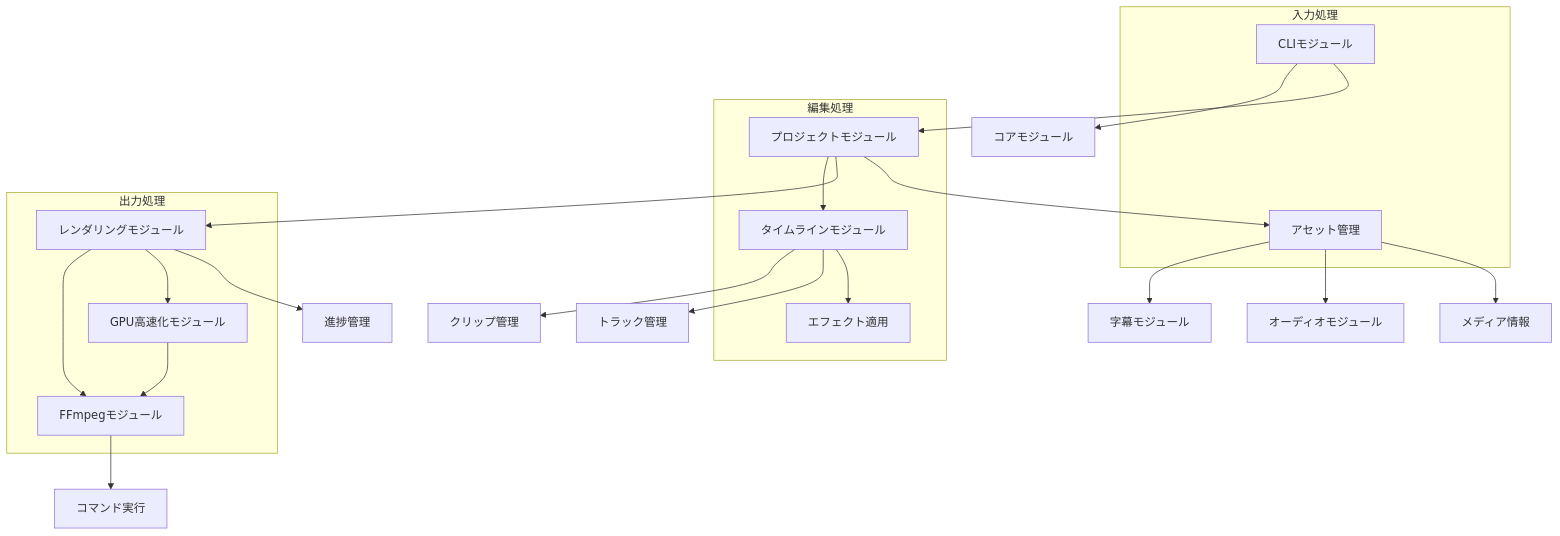
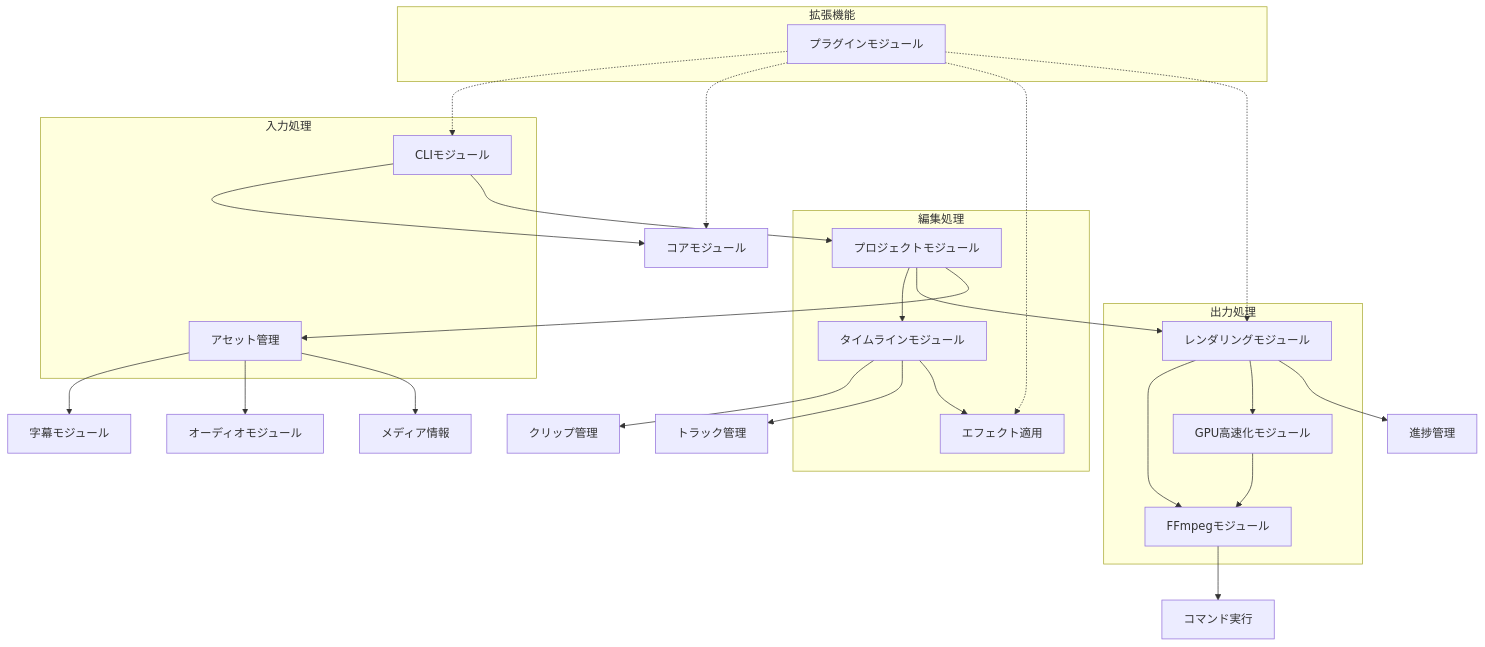
Before and after one commit to eda3/edv: the fourth of 4 diagrams in docs-ja/00_技術ドキュメント/README.md, drawn with Mermaid. The commit also changed other lines of this file and 5 other files, not shown here.

````diff
--- a/docs-ja/00_技術ドキュメント/README.md
+++ b/docs-ja/00_技術ドキュメント/README.md
@@ -150,41 +171,50 @@
 ```mermaid
 flowchart TD
     CLI[CLIモジュール] --> Core[コアモジュール]
     CLI --> Project[プロジェクトモジュール]
     
     Project --> Timeline[タイムラインモジュール]
     Project --> Render[レンダリングモジュール]
     Project --> Asset[アセット管理]
     
     Timeline --> Clip[クリップ管理]
     Timeline --> Track[トラック管理]
     Timeline --> Effect[エフェクト適用]
     
     Render --> FFmpeg[FFmpegモジュール]
     Render --> GPU[GPU高速化モジュール]
     Render --> Progress[進捗管理]
     
     Asset --> Subtitle[字幕モジュール]
     Asset --> Audio[オーディオモジュール]
     Asset --> Media[メディア情報]
     
     FFmpeg --> Exec[コマンド実行]
     GPU --> FFmpeg
     
+    Plugin[プラグインモジュール] -.-> CLI
+    Plugin -.-> Core
+    Plugin -.-> Effect
+    Plugin -.-> Render
+    
     subgraph Input [入力処理]
         CLI
         Asset
     end
     
     subgraph Processing [編集処理]
         Project
         Timeline
         Effect
     end
     
     subgraph Output [出力処理]
         Render
         FFmpeg
         GPU
     end
+    
+    subgraph Extension [拡張機能]
+        Plugin
+    end
 ```
````
